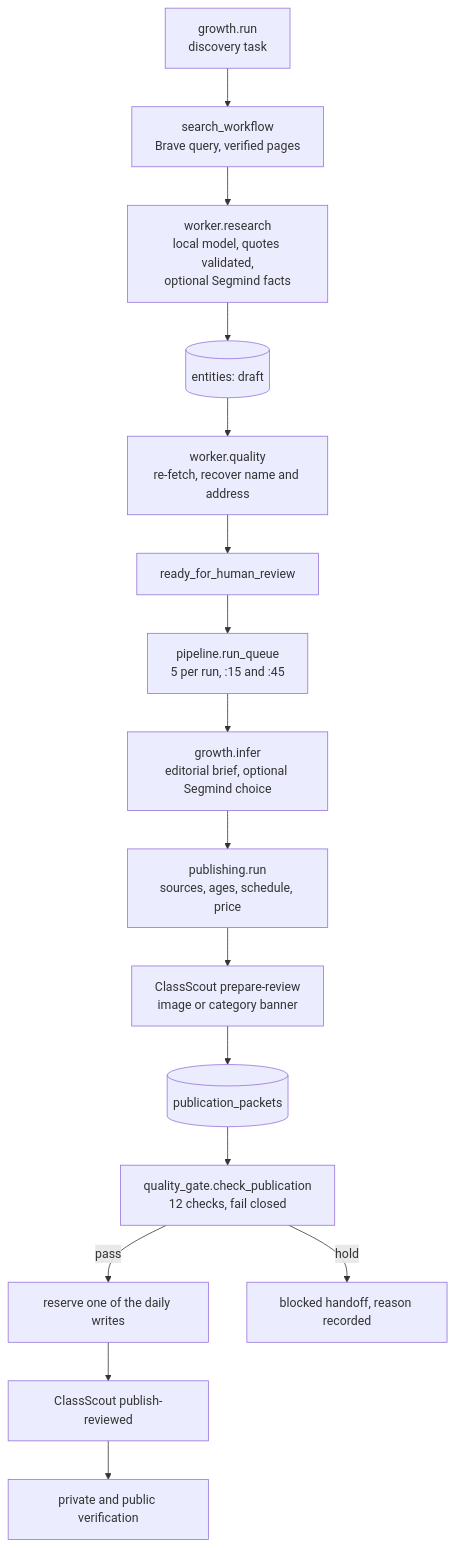
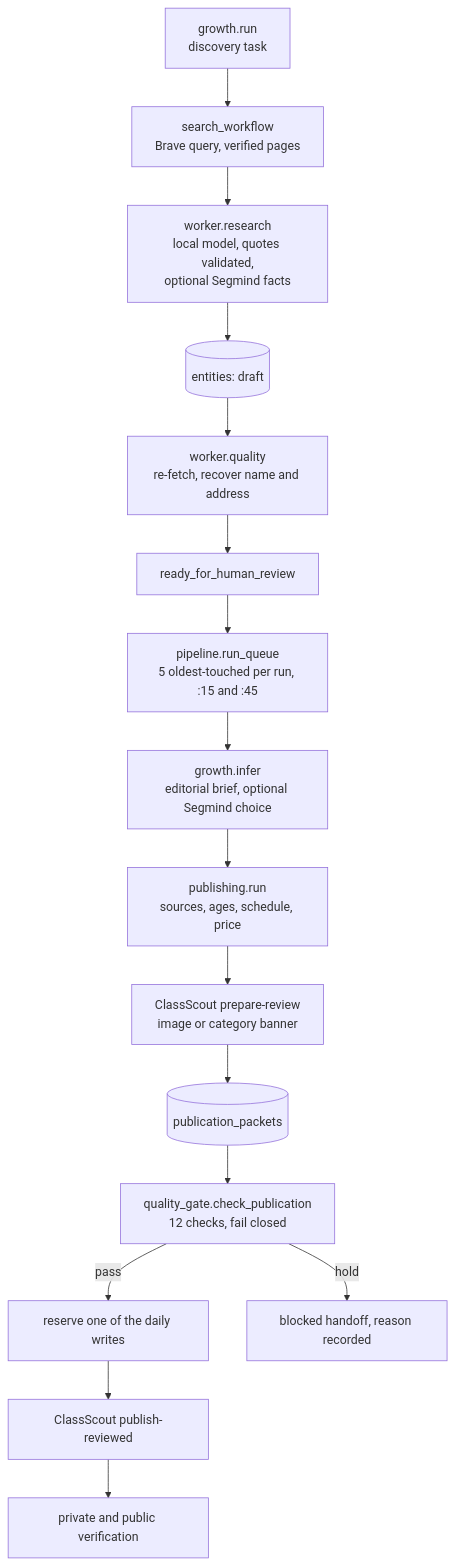
The fourth of 4 diagrams in docs/ARCHITECTURE.md (moldovancsaba/hetzner-nano-server), drawn with Mermaid before and after one commit. The commit also changed other lines of this file and 8 other files, not shown here.

````diff
--- a/docs/ARCHITECTURE.md
+++ b/docs/ARCHITECTURE.md
@@ -215,18 +215,18 @@
 ```mermaid
 flowchart TD
   G[growth.run<br/>discovery task] --> S[search_workflow<br/>Brave query, verified pages]
   S --> R[worker.research<br/>local model, quotes validated,<br/>optional Segmind facts]
   R --> D[(entities: draft)]
   D --> Q[worker.quality<br/>re-fetch, recover name and address]
   Q --> RFR[ready_for_human_review]
-  RFR --> QU[pipeline.run_queue<br/>5 per run, :15 and :45]
+  RFR --> QU[pipeline.run_queue<br/>5 oldest-touched per run, :15 and :45]
   QU --> B[growth.infer<br/>editorial brief, optional Segmind choice]
   B --> P[publishing.run<br/>sources, ages, schedule, price]
   P --> CSP[ClassScout prepare-review<br/>image or category banner]
   CSP --> PK[(publication_packets)]
   PK --> GATE[quality_gate.check_publication<br/>12 checks, fail closed]
   GATE -->|pass| RES[reserve one of the daily writes]
   RES --> PUB[ClassScout publish-reviewed]
   PUB --> VER[private and public verification]
   GATE -->|hold| HOLD[blocked handoff, reason recorded]
 ```
````
